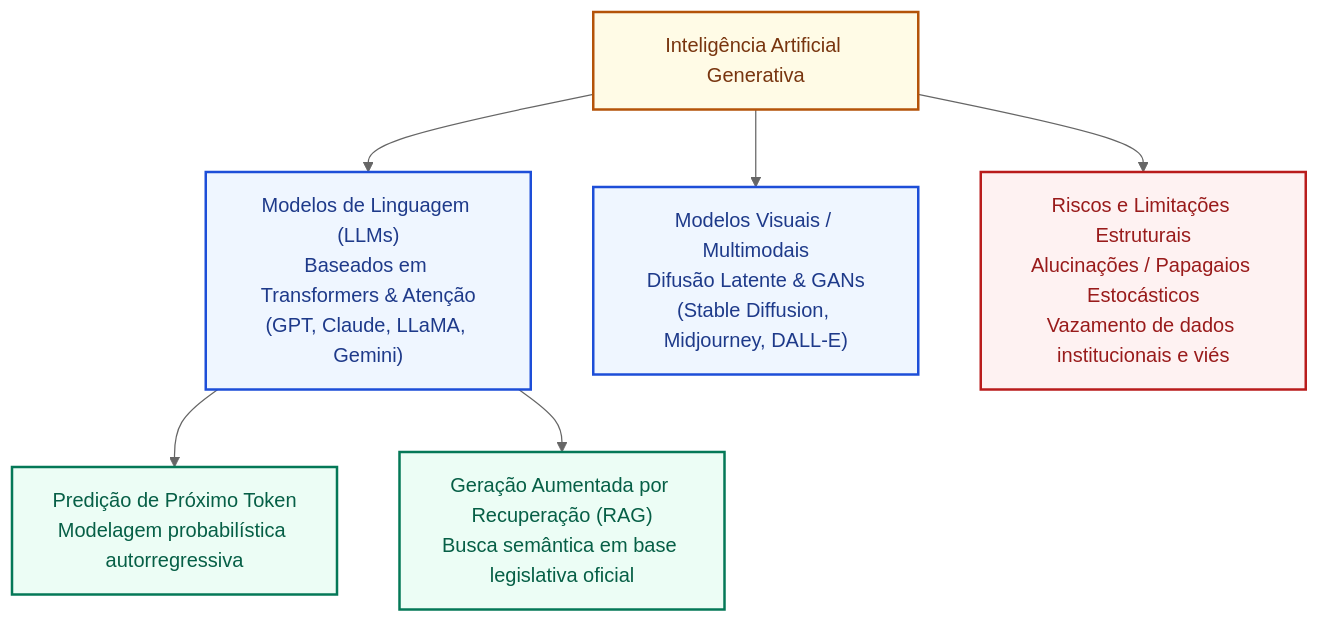
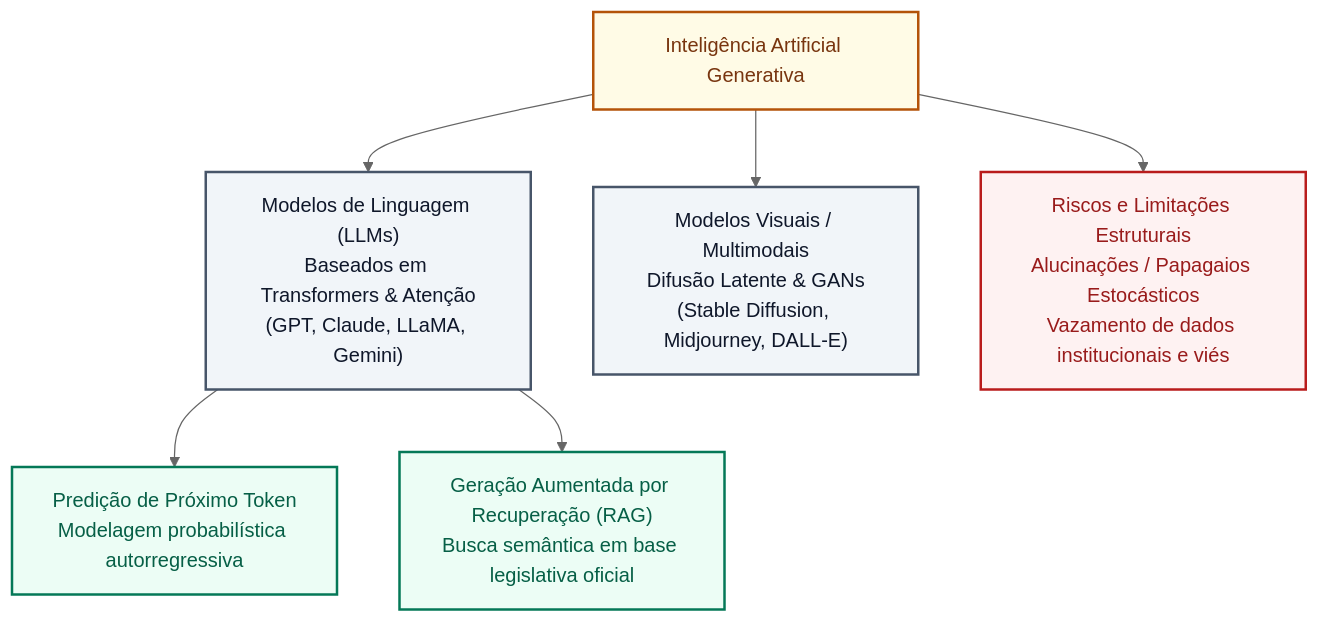
One commit to leorruas/concursos changed the first of 2 diagrams in 3 - Materias/Informatica/21 - ia generativa modelos llms difusao usos e limites.md. Above: the diagram before and after it, drawn with Mermaid (neutral theme).

Commit message:
style(camara-ti): alinhar fallback Mermaid aos tokens neutros 21

````diff
--- a/3 - Materias/Informatica/21 - ia generativa modelos llms difusao usos e limites.md
+++ b/3 - Materias/Informatica/21 - ia generativa modelos llms difusao usos e limites.md
@@ -28,17 +28,17 @@
 ```mermaid
 flowchart TD
     classDef raiz fill:#fffbe6,stroke:#b45309,stroke-width:2px,color:#78350f;
-    classDef arq fill:#eff6ff,stroke:#1d4ed8,stroke-width:2px,color:#1e3a8a;
+    classDef arq fill:#f1f5f9,stroke:#475569,stroke-width:2px,color:#0f172a;
     classDef uso fill:#ecfdf5,stroke:#047857,stroke-width:2px,color:#065f46;
     classDef risco fill:#fef2f2,stroke:#b91c1c,stroke-width:2px,color:#991b1b;
 
     GenAI["Inteligência Artificial Generativa"]:::raiz
 
     GenAI --> T["Modelos de Linguagem (LLMs)<br>Baseados em Transformers & Atenção<br>(GPT, Claude, LLaMA, Gemini)"]:::arq
     GenAI --> D["Modelos Visuais / Multimodais<br>Difusão Latente & GANs<br>(Stable Diffusion, Midjourney, DALL-E)"]:::arq
 
     T --> P["Predição de Próximo Token<br>Modelagem probabilística autorregressiva"]:::uso
     T --> RAG["Geração Aumentada por Recuperação (RAG)<br>Busca semântica em base legislativa oficial"]:::uso
 
     GenAI --> R["Riscos e Limitações Estruturais<br>Alucinações / Papagaios Estocásticos<br>Vazamento de dados institucionais e viés"]:::risco
 ```
````
